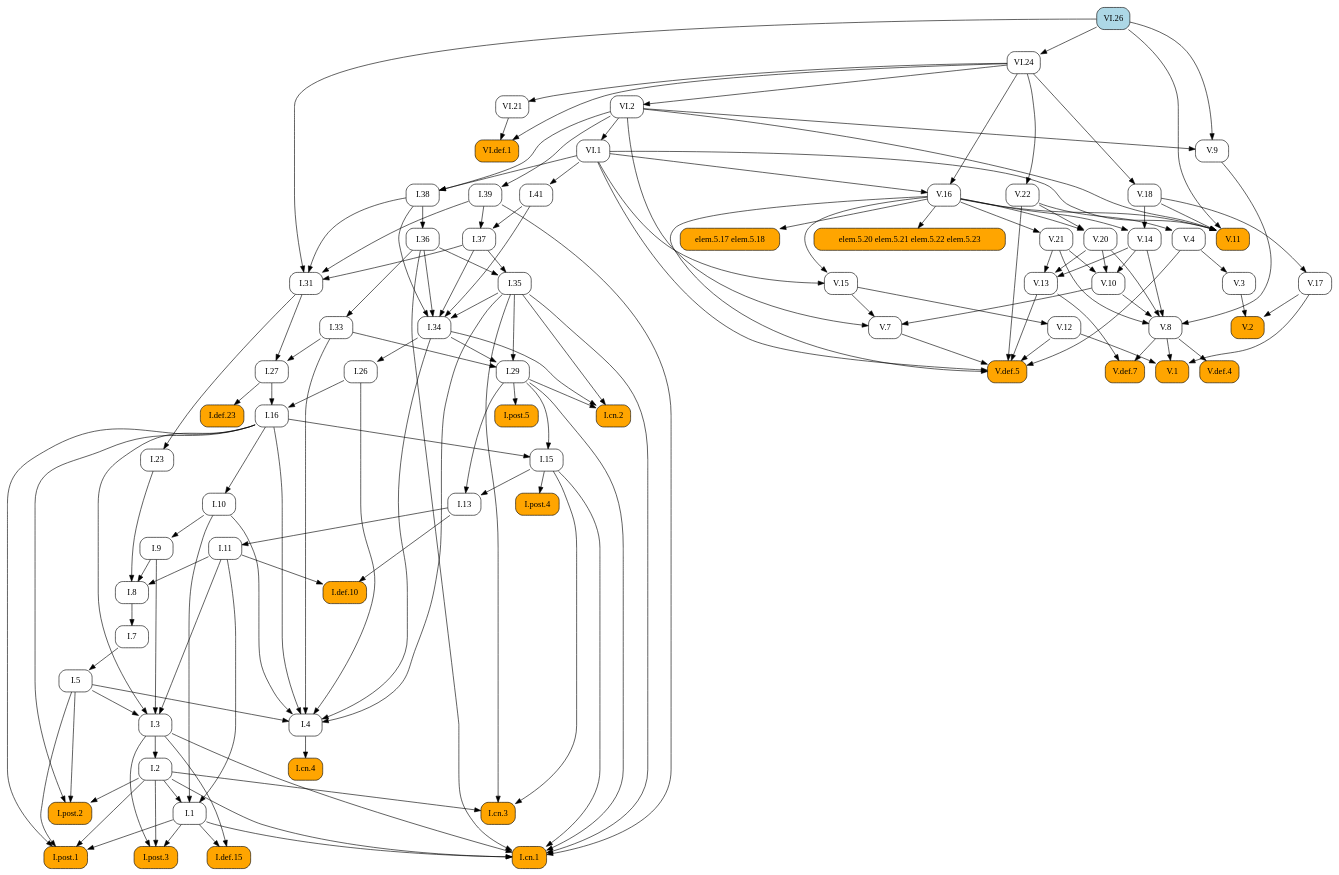
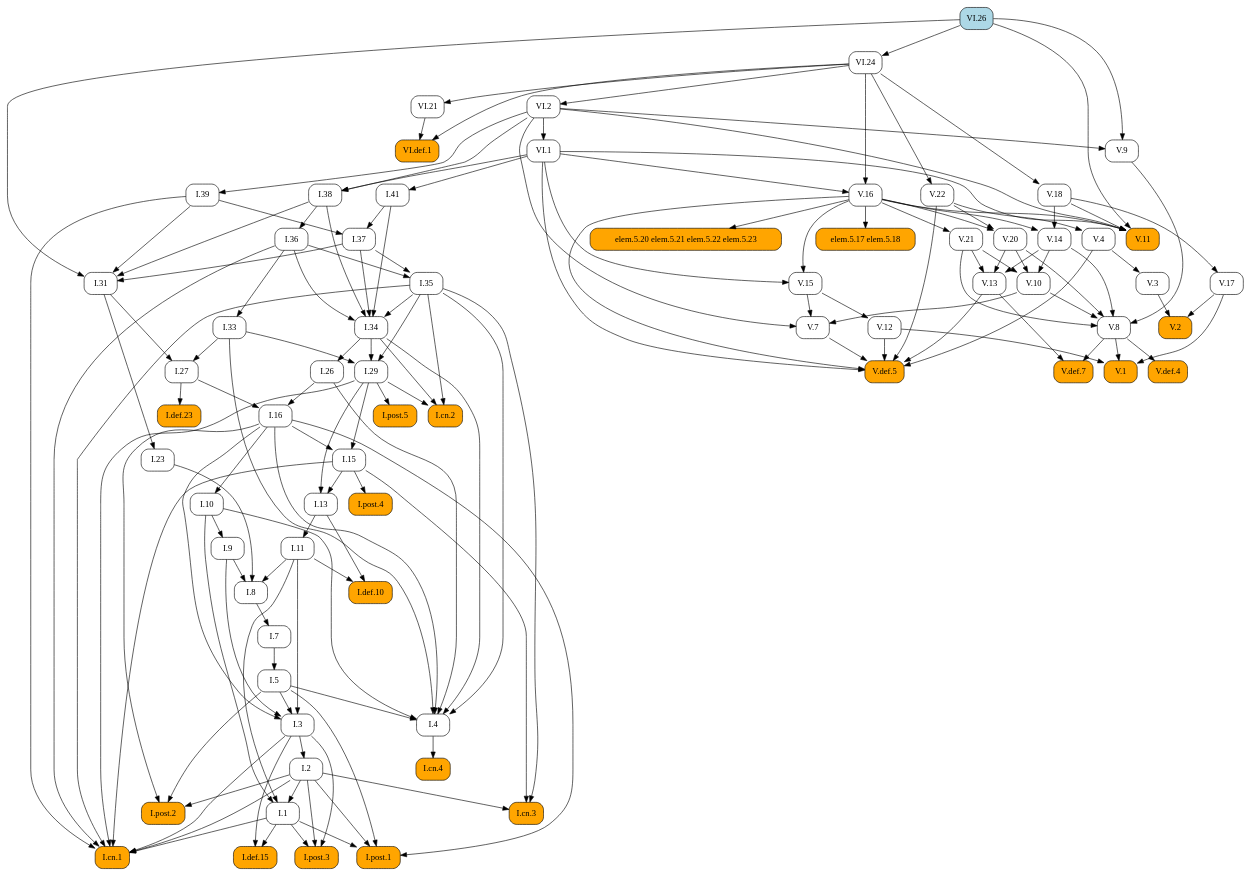
One commit to geometor/elements changed the diagram in docsrc/elements2/VI/26/index.rst. Above: the diagram before and after it, drawn with Graphviz. The commit also changed other lines of this file and 171 other files, not shown here.

```diff
--- a/docsrc/elements2/VI/26/index.rst
+++ b/docsrc/elements2/VI/26/index.rst
@@ -46,147 +46,80 @@
    digraph {
      rankdir="TB";
      node [shape=box, style=rounded];
-     "elem.5.17 elem.5.18" [style="rounded,filled", fillcolor=orange];
-     "V.7" [URL="/elements2/V/7/", target="_top"];
-     "I.cn.4" [style="rounded,filled", fillcolor=orange, URL="/elements2/I/cn.4/", target="_top"];
-     "I.post.3" [style="rounded,filled", fillcolor=orange, URL="/elements2/I/post.3/", target="_top"];
+     "I.8" [URL="/elements2/I/8/", target="_top"];
+     "V.20" [URL="/elements2/V/20/", target="_top"];
+     "I.36" [URL="/elements2/I/36/", target="_top"];
+     "V.def.5" [style="rounded,filled", fillcolor=orange, URL="/elements2/V/def.5/", target="_top"];
      "V.def.7" [style="rounded,filled", fillcolor=orange, URL="/elements2/V/def.7/", target="_top"];
+     "I.38" [URL="/elements2/I/38/", target="_top"];
+     "I.post.5" [style="rounded,filled", fillcolor=orange, URL="/elements2/I/post.5/", target="_top"];
+     "I.def.10" [style="rounded,filled", fillcolor=orange, URL="/elements2/I/def.10/", target="_top"];
+     "I.cn.2" [style="rounded,filled", fillcolor=orange, URL="/elements2/I/cn.2/", target="_top"];
+     "I.31" [URL="/elements2/I/31/", target="_top"];
+     "I.post.2" [style="rounded,filled", fillcolor=orange, URL="/elements2/I/post.2/", target="_top"];
+     "I.def.23" [style="rounded,filled", fillcolor=orange, URL="/elements2/I/def.23/", target="_top"];
+     "I.26" [URL="/elements2/I/26/", target="_top"];
+     "VI.21" [URL="/elements2/VI/21/", target="_top"];
+     "V.17" [URL="/elements2/V/17/", target="_top"];
+     "V.3" [URL="/elements2/V/3/", target="_top"];
+     "I.cn.3" [style="rounded,filled", fillcolor=orange, URL="/elements2/I/cn.3/", target="_top"];
+     "V.2" [style="rounded,filled", fillcolor=orange, URL="/elements2/V/2/", target="_top"];
+     "V.12" [URL="/elements2/V/12/", target="_top"];
      "V.22" [URL="/elements2/V/22/", target="_top"];
      "I.41" [URL="/elements2/I/41/", target="_top"];
-     "VI.26" [style="rounded,filled", fillcolor=lightblue, URL="/elements2/VI/26/", target="_top"];
+     "I.35" [URL="/elements2/I/35/", target="_top"];
      "I.27" [URL="/elements2/I/27/", target="_top"];
-     "I.post.2" [style="rounded,filled", fillcolor=orange, URL="/elements2/I/post.2/", target="_top"];
-     "I.13" [URL="/elements2/I/13/", target="_top"];
-     "I.10" [URL="/elements2/I/10/", target="_top"];
+     "I.4" [URL="/elements2/I/4/", target="_top"];
+     "V.8" [URL="/elements2/V/8/", target="_top"];
+     "VI.2" [URL="/elements2/VI/2/", target="_top"];
+     "I.39" [URL="/elements2/I/39/", target="_top"];
+     "I.15" [URL="/elements2/I/15/", target="_top"];
+     "VI.24" [URL="/elements2/VI/24/", target="_top"];
+     "I.34" [URL="/elements2/I/34/", target="_top"];
+     "I.post.3" [style="rounded,filled", fillcolor=orange, URL="/elements2/I/post.3/", target="_top"];
+     "V.18" [URL="/elements2/V/18/", target="_top"];
+     "V.def.4" [style="rounded,filled", fillcolor=orange, URL="/elements2/V/def.4/", target="_top"];
      "I.post.1" [style="rounded,filled", fillcolor=orange, URL="/elements2/I/post.1/", target="_top"];
-     "I.7" [URL="/elements2/I/7/", target="_top"];
-     "VI.def.1" [style="rounded,filled", fillcolor=orange, URL="/elements2/VI/def.1/", target="_top"];
+     "I.33" [URL="/elements2/I/33/", target="_top"];
+     "I.5" [URL="/elements2/I/5/", target="_top"];
+     "elem.5.17 elem.5.18" [style="rounded,filled", fillcolor=orange];
+     "VI.1" [URL="/elements2/VI/1/", target="_top"];
+     "V.11" [style="rounded,filled", fillcolor=orange, URL="/elements2/V/11/", target="_top"];
      "V.13" [URL="/elements2/V/13/", target="_top"];
+     "V.9" [URL="/elements2/V/9/", target="_top"];
      "V.16" [URL="/elements2/V/16/", target="_top"];
-     "V.1" [style="rounded,filled", fillcolor=orange, URL="/elements2/V/1/", target="_top"];
-     "V.8" [URL="/elements2/V/8/", target="_top"];
-     "elem.5.20 elem.5.21 elem.5.22 elem.5.23" [style="rounded,filled", fillcolor=orange];
-     "I.9" [URL="/elements2/I/9/", target="_top"];
-     "I.8" [URL="/elements2/I/8/", target="_top"];
-     "I.38" [URL="/elements2/I/38/", target="_top"];
-     "I.23" [URL="/elements2/I/23/", target="_top"];
-     "I.15" [URL="/elements2/I/15/", target="_top"];
-     "I.26" [URL="/elements2/I/26/", target="_top"];
-     "V.18" [URL="/elements2/V/18/", target="_top"];
-     "V.4" [URL="/elements2/V/4/", target="_top"];
-     "VI.1" [URL="/elements2/VI/1/", target="_top"];
-     "I.1" [URL="/elements2/I/1/", target="_top"];
-     "I.3" [URL="/elements2/I/3/", target="_top"];
-     "I.cn.3" [style="rounded,filled", fillcolor=orange, URL="/elements2/I/cn.3/", target="_top"];
-     "I.37" [URL="/elements2/I/37/", target="_top"];
-     "I.def.10" [style="rounded,filled", fillcolor=orange, URL="/elements2/I/def.10/", target="_top"];
-     "I.34" [URL="/elements2/I/34/", target="_top"];
-     "V.def.5" [style="rounded,filled", fillcolor=orange, URL="/elements2/V/def.5/", target="_top"];
      "I.def.15" [style="rounded,filled", fillcolor=orange, URL="/elements2/I/def.15/", target="_top"];
-     "I.36" [URL="/elements2/I/36/", target="_top"];
-     "VI.24" [URL="/elements2/VI/24/", target="_top"];
-     "V.10" [URL="/elements2/V/10/", target="_top"];
-     "V.17" [URL="/elements2/V/17/", target="_top"];
-     "V.14" [URL="/elements2/V/14/", target="_top"];
      "V.15" [URL="/elements2/V/15/", target="_top"];
      "I.11" [URL="/elements2/I/11/", target="_top"];
-     "I.4" [URL="/elements2/I/4/", target="_top"];
+     "I.3" [URL="/elements2/I/3/", target="_top"];
+     "V.14" [URL="/elements2/V/14/", target="_top"];
+     "V.10" [URL="/elements2/V/10/", target="_top"];
+     "I.1" [URL="/elements2/I/1/", target="_top"];
+     "I.cn.4" [style="rounded,filled", fillcolor=orange, URL="/elements2/I/cn.4/", target="_top"];
+     "I.7" [URL="/elements2/I/7/", target="_top"];
+     "I.9" [URL="/elements2/I/9/", target="_top"];
+     "V.1" [style="rounded,filled", fillcolor=orange, URL="/elements2/V/1/", target="_top"];
+     "V.7" [URL="/elements2/V/7/", target="_top"];
+     "elem.5.20 elem.5.21 elem.5.22 elem.5.23" [style="rounded,filled", fillcolor=orange];
      "I.16" [URL="/elements2/I/16/", target="_top"];
-     "I.def.23" [style="rounded,filled", fillcolor=orange, URL="/elements2/I/def.23/", target="_top"];
      "V.21" [URL="/elements2/V/21/", target="_top"];
+     "I.cn.1" [style="rounded,filled", fillcolor=orange, URL="/elements2/I/cn.1/", target="_top"];
+     "I.13" [URL="/elements2/I/13/", target="_top"];
+     "I.post.4" [style="rounded,filled", fillcolor=orange, URL="/elements2/I/post.4/", target="_top"];
+     "I.29" [URL="/elements2/I/29/", target="_top"];
+     "VI.def.1" [style="rounded,filled", fillcolor=orange, URL="/elements2/VI/def.1/", target="_top"];
      "I.2" [URL="/elements2/I/2/", target="_top"];
-     "I.cn.2" [style="rounded,filled", fillcolor=orange, URL="/elements2/I/cn.2/", target="_top"];
-     "I.post.5" [style="rounded,filled", fillcolor=orange, URL="/elements2/I/post.5/", target="_top"];
-     "VI.2" [URL="/elements2/VI/2/", target="_top"];
-     "V.3" [URL="/elements2/V/3/", target="_top"];
-     "VI.21" [URL="/elements2/VI/21/", target="_top"];
-     "V.def.4" [style="rounded,filled", fillcolor=orange, URL="/elements2/V/def.4/", target="_top"];
-     "I.35" [URL="/elements2/I/35/", target="_top"];
-     "V.11" [style="rounded,filled", fillcolor=orange, URL="/elements2/V/11/", target="_top"];
-     "V.2" [style="rounded,filled", fillcolor=orange, URL="/elements2/V/2/", target="_top"];
-     "I.31" [URL="/elements2/I/31/", target="_top"];
-     "I.33" [URL="/elements2/I/33/", target="_top"];
-     "I.post.4" [style="rounded,filled", fillcolor=orange, URL="/elements2/I/post.4/", target="_top"];
-     "I.39" [URL="/elements2/I/39/", target="_top"];
-     "I.cn.1" [style="rounded,filled", fillcolor=orange, URL="/elements2/I/cn.1/", target="_top"];
-     "V.9" [URL="/elements2/V/9/", target="_top"];
-     "I.29" [URL="/elements2/I/29/", target="_top"];
-     "I.5" [URL="/elements2/I/5/", target="_top"];
-     "V.12" [URL="/elements2/V/12/", target="_top"];
-     "V.20" [URL="/elements2/V/20/", target="_top"];
-     "V.16" -> "elem.5.17 elem.5.18";
-     "V.10" -> "V.7";
-     "V.15" -> "V.7";
-     "VI.2" -> "V.7";
-     "I.4" -> "I.cn.4";
-     "I.1" -> "I.post.3";
-     "I.2" -> "I.post.3";
-     "I.3" -> "I.post.3";
-     "V.8" -> "V.def.7";
-     "V.13" -> "V.def.7";
-     "VI.24" -> "V.22";
-     "VI.1" -> "I.41";
-     "I.31" -> "I.27";
-     "I.33" -> "I.27";
-     "I.2" -> "I.post.2";
-     "I.5" -> "I.post.2";
-     "I.16" -> "I.post.2";
-     "I.15" -> "I.13";
-     "I.29" -> "I.13";
-     "I.16" -> "I.10";
-     "I.1" -> "I.post.1";
-     "I.2" -> "I.post.1";
-     "I.5" -> "I.post.1";
-     "I.16" -> "I.post.1";
-     "I.8" -> "I.7";
-     "VI.21" -> "VI.def.1";
-     "VI.24" -> "VI.def.1";
-     "V.14" -> "V.13";
-     "V.20" -> "V.13";
-     "V.21" -> "V.13";
-     "VI.1" -> "V.16";
-     "VI.24" -> "V.16";
-     "V.8" -> "V.1";
-     "V.12" -> "V.1";
-     "V.17" -> "V.1";
-     "V.9" -> "V.8";
-     "V.10" -> "V.8";
-     "V.14" -> "V.8";
-     "V.20" -> "V.8";
-     "V.21" -> "V.8";
-     "V.16" -> "elem.5.20 elem.5.21 elem.5.22 elem.5.23";
-     "I.10" -> "I.9";
+     "I.37" [URL="/elements2/I/37/", target="_top"];
+     "I.10" [URL="/elements2/I/10/", target="_top"];
+     "I.23" [URL="/elements2/I/23/", target="_top"];
+     "VI.26" [style="rounded,filled", fillcolor=lightblue, URL="/elements2/VI/26/", target="_top"];
+     "V.4" [URL="/elements2/V/4/", target="_top"];
      "I.9" -> "I.8";
      "I.11" -> "I.8";
      "I.23" -> "I.8";
-     "VI.1" -> "I.38";
-     "VI.2" -> "I.38";
-     "I.31" -> "I.23";
-     "I.16" -> "I.15";
-     "I.29" -> "I.15";
-     "I.34" -> "I.26";
-     "VI.24" -> "V.18";
-     "V.22" -> "V.4";
-     "VI.2" -> "VI.1";
-     "I.2" -> "I.1";
-     "I.10" -> "I.1";
-     "I.11" -> "I.1";
-     "I.5" -> "I.3";
-     "I.9" -> "I.3";
-     "I.11" -> "I.3";
-     "I.16" -> "I.3";
-     "I.2" -> "I.cn.3";
-     "I.15" -> "I.cn.3";
-     "I.35" -> "I.cn.3";
-     "I.39" -> "I.37";
-     "I.41" -> "I.37";
-     "I.11" -> "I.def.10";
-     "I.13" -> "I.def.10";
-     "I.35" -> "I.34";
-     "I.36" -> "I.34";
-     "I.37" -> "I.34";
-     "I.38" -> "I.34";
-     "I.41" -> "I.34";
+     "V.16" -> "V.20";
+     "V.22" -> "V.20";
+     "I.38" -> "I.36";
      "V.4" -> "V.def.5";
      "V.7" -> "V.def.5";
      "V.12" -> "V.def.5";
@@ -194,19 +127,40 @@
      "V.16" -> "V.def.5";
      "V.22" -> "V.def.5";
      "VI.1" -> "V.def.5";
-     "I.1" -> "I.def.15";
-     "I.3" -> "I.def.15";
-     "I.38" -> "I.36";
-     "VI.26" -> "VI.24";
-     "V.14" -> "V.10";
-     "V.20" -> "V.10";
-     "V.21" -> "V.10";
+     "V.8" -> "V.def.7";
+     "V.13" -> "V.def.7";
+     "VI.1" -> "I.38";
+     "VI.2" -> "I.38";
+     "I.29" -> "I.post.5";
+     "I.11" -> "I.def.10";
+     "I.13" -> "I.def.10";
+     "I.29" -> "I.cn.2";
+     "I.34" -> "I.cn.2";
+     "I.35" -> "I.cn.2";
+     "I.37" -> "I.31";
+     "I.38" -> "I.31";
+     "I.39" -> "I.31";
+     "VI.26" -> "I.31";
+     "I.2" -> "I.post.2";
+     "I.5" -> "I.post.2";
+     "I.16" -> "I.post.2";
+     "I.27" -> "I.def.23";
+     "I.34" -> "I.26";
+     "VI.24" -> "VI.21";
      "V.18" -> "V.17";
-     "V.16" -> "V.14";
-     "V.18" -> "V.14";
-     "V.16" -> "V.15";
-     "VI.1" -> "V.15";
-     "I.13" -> "I.11";
+     "V.4" -> "V.3";
+     "I.2" -> "I.cn.3";
+     "I.15" -> "I.cn.3";
+     "I.35" -> "I.cn.3";
+     "V.3" -> "V.2";
+     "V.17" -> "V.2";
+     "V.15" -> "V.12";
+     "VI.24" -> "V.22";
+     "VI.1" -> "I.41";
+     "I.36" -> "I.35";
+     "I.37" -> "I.35";
+     "I.31" -> "I.27";
+     "I.33" -> "I.27";
      "I.5" -> "I.4";
      "I.10" -> "I.4";
      "I.16" -> "I.4";
@@ -214,35 +168,76 @@
      "I.33" -> "I.4";
      "I.34" -> "I.4";
      "I.35" -> "I.4";
-     "I.26" -> "I.16";
-     "I.27" -> "I.16";
-     "I.27" -> "I.def.23";
-     "V.16" -> "V.21";
-     "I.3" -> "I.2";
-     "I.29" -> "I.cn.2";
-     "I.34" -> "I.cn.2";
-     "I.35" -> "I.cn.2";
-     "I.29" -> "I.post.5";
+     "V.9" -> "V.8";
+     "V.10" -> "V.8";
+     "V.14" -> "V.8";
+     "V.20" -> "V.8";
+     "V.21" -> "V.8";
      "VI.24" -> "VI.2";
-     "V.4" -> "V.3";
-     "VI.24" -> "VI.21";
+     "VI.2" -> "I.39";
+     "I.16" -> "I.15";
+     "I.29" -> "I.15";
+     "VI.26" -> "VI.24";
+     "I.35" -> "I.34";
+     "I.36" -> "I.34";
+     "I.37" -> "I.34";
+     "I.38" -> "I.34";
+     "I.41" -> "I.34";
+     "I.1" -> "I.post.3";
+     "I.2" -> "I.post.3";
+     "I.3" -> "I.post.3";
+     "VI.24" -> "V.18";
      "V.8" -> "V.def.4";
-     "I.36" -> "I.35";
-     "I.37" -> "I.35";
+     "I.1" -> "I.post.1";
+     "I.2" -> "I.post.1";
+     "I.5" -> "I.post.1";
+     "I.16" -> "I.post.1";
+     "I.36" -> "I.33";
+     "I.7" -> "I.5";
+     "V.16" -> "elem.5.17 elem.5.18";
+     "VI.2" -> "VI.1";
      "V.16" -> "V.11";
      "V.18" -> "V.11";
      "VI.1" -> "V.11";
      "VI.2" -> "V.11";
      "VI.26" -> "V.11";
-     "V.3" -> "V.2";
-     "V.17" -> "V.2";
-     "I.37" -> "I.31";
-     "I.38" -> "I.31";
-     "I.39" -> "I.31";
-     "VI.26" -> "I.31";
-     "I.36" -> "I.33";
-     "I.15" -> "I.post.4";
-     "VI.2" -> "I.39";
+     "V.14" -> "V.13";
+     "V.20" -> "V.13";
+     "V.21" -> "V.13";
+     "VI.2" -> "V.9";
+     "VI.26" -> "V.9";
+     "VI.1" -> "V.16";
+     "VI.24" -> "V.16";
+     "I.1" -> "I.def.15";
+     "I.3" -> "I.def.15";
+     "V.16" -> "V.15";
+     "VI.1" -> "V.15";
+     "I.13" -> "I.11";
+     "I.5" -> "I.3";
+     "I.9" -> "I.3";
+     "I.11" -> "I.3";
+     "I.16" -> "I.3";
+     "V.16" -> "V.14";
+     "V.18" -> "V.14";
+     "V.14" -> "V.10";
+     "V.20" -> "V.10";
+     "V.21" -> "V.10";
+     "I.2" -> "I.1";
+     "I.10" -> "I.1";
+     "I.11" -> "I.1";
+     "I.4" -> "I.cn.4";
+     "I.8" -> "I.7";
+     "I.10" -> "I.9";
+     "V.8" -> "V.1";
+     "V.12" -> "V.1";
+     "V.17" -> "V.1";
+     "V.10" -> "V.7";
+     "V.15" -> "V.7";
+     "VI.2" -> "V.7";
+     "V.16" -> "elem.5.20 elem.5.21 elem.5.22 elem.5.23";
+     "I.26" -> "I.16";
+     "I.27" -> "I.16";
+     "V.16" -> "V.21";
      "I.1" -> "I.cn.1";
      "I.2" -> "I.cn.1";
      "I.3" -> "I.cn.1";
@@ -251,13 +246,18 @@
      "I.35" -> "I.cn.1";
      "I.36" -> "I.cn.1";
      "I.39" -> "I.cn.1";
-     "VI.2" -> "V.9";
-     "VI.26" -> "V.9";
+     "I.15" -> "I.13";
+     "I.29" -> "I.13";
+     "I.15" -> "I.post.4";
      "I.33" -> "I.29";
      "I.34" -> "I.29";
      "I.35" -> "I.29";
-     "I.7" -> "I.5";
-     "V.15" -> "V.12";
-     "V.16" -> "V.20";
-     "V.22" -> "V.20";
+     "VI.21" -> "VI.def.1";
+     "VI.24" -> "VI.def.1";
+     "I.3" -> "I.2";
+     "I.39" -> "I.37";
+     "I.41" -> "I.37";
+     "I.16" -> "I.10";
+     "I.31" -> "I.23";
+     "V.22" -> "V.4";
    }
```
